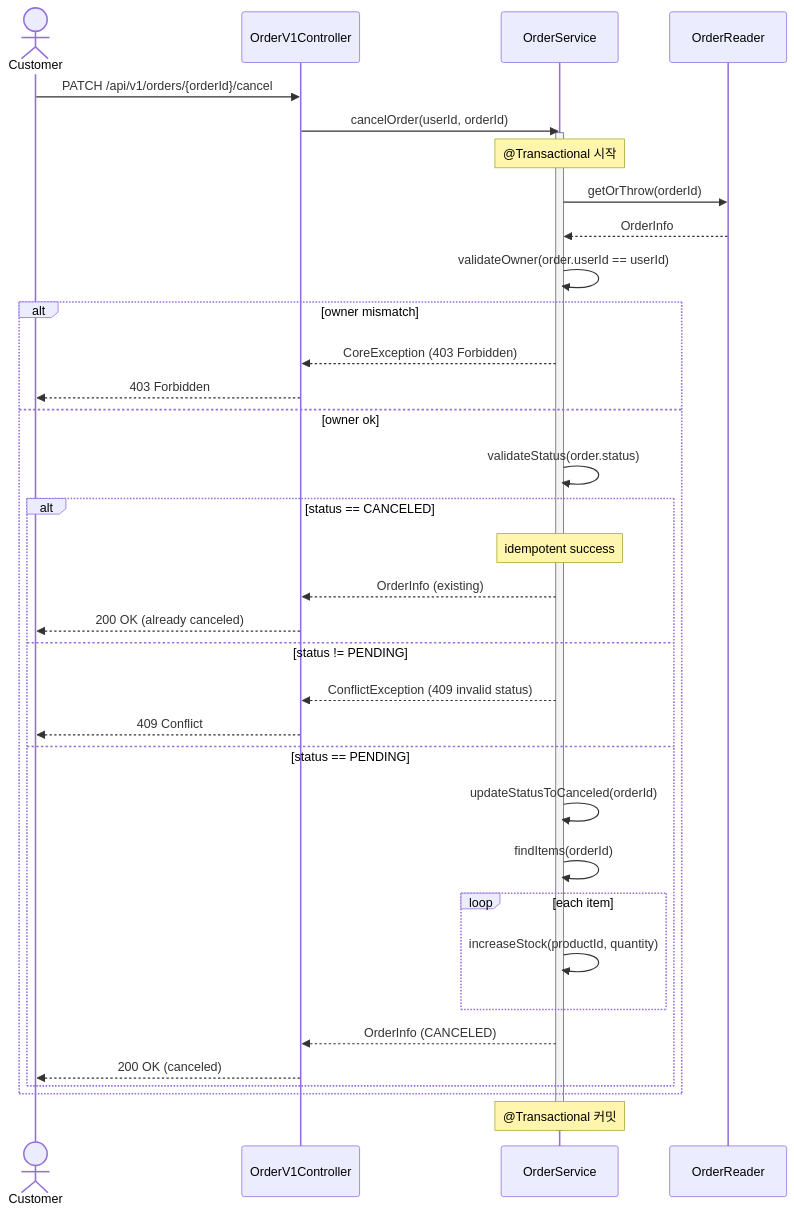
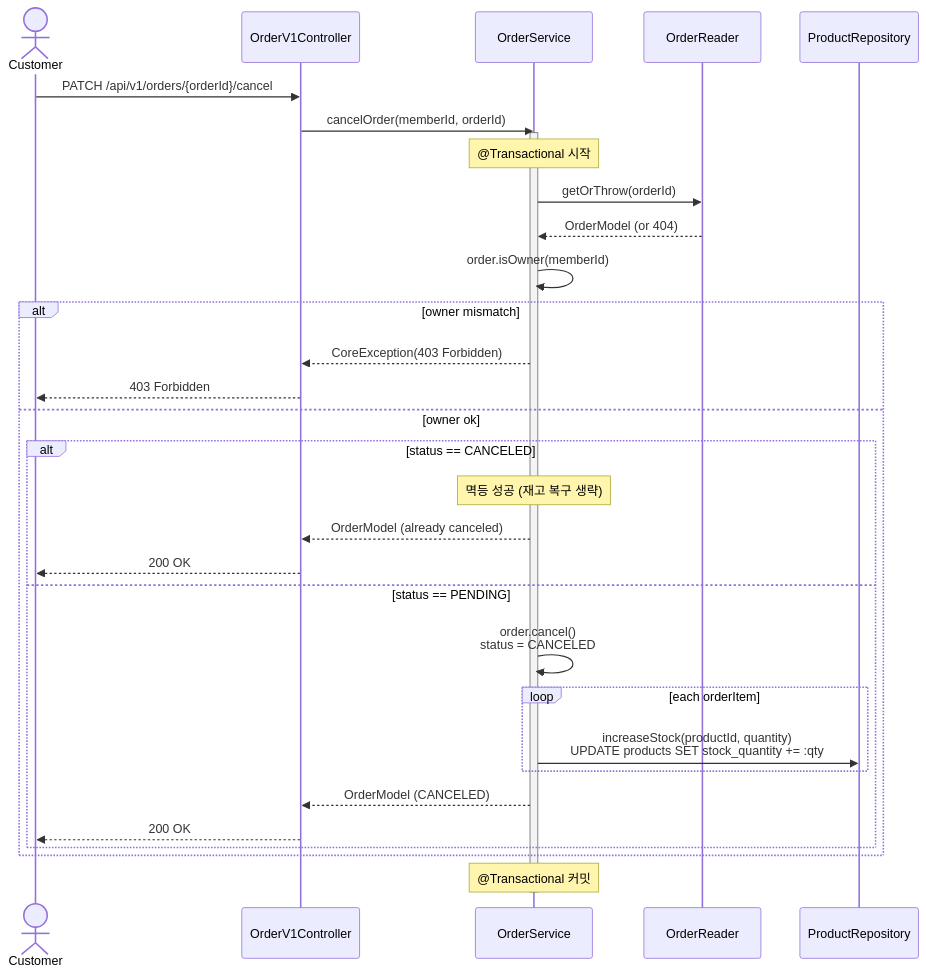
Before and after one commit to YoHanKi/loop-pack-be-l2-vol3-java: the second of 5 diagrams in docs/design/02-sequence-diagrams.md, drawn with Mermaid. The commit also changed other lines of this file and 2 other files, not shown here.

````diff
--- a/docs/design/02-sequence-diagrams.md
+++ b/docs/design/02-sequence-diagrams.md
@@ -84,54 +98,49 @@
 ```mermaid
 sequenceDiagram
     actor Customer
     participant Controller as OrderV1Controller
     participant OrderService as OrderService
     participant OrderReader as OrderReader
+    participant ProductRepo as ProductRepository
 
     Customer->>Controller: PATCH /api/v1/orders/{orderId}/cancel
-    Controller->>OrderService: cancelOrder(userId, orderId)
+    Controller->>OrderService: cancelOrder(memberId, orderId)
 
     activate OrderService
     Note over OrderService: @Transactional 시작
 
     %% 주문 조회
     OrderService->>OrderReader: getOrThrow(orderId)
-    OrderReader-->>OrderService: OrderInfo
+    OrderReader-->>OrderService: OrderModel (or 404)
 
     %% 소유권 확인
-    OrderService->>OrderService: validateOwner(order.userId == userId)
+    OrderService->>OrderService: order.isOwner(memberId)
     alt owner mismatch
-        OrderService-->>Controller: CoreException (403 Forbidden)
+        OrderService-->>Controller: CoreException(403 Forbidden)
         Controller-->>Customer: 403 Forbidden
     else owner ok
 
         %% 상태 확인 (멱등 포함)
-        OrderService->>OrderService: validateStatus(order.status)
         alt status == CANCELED
-            Note over OrderService: idempotent success
-            OrderService-->>Controller: OrderInfo (existing)
-            Controller-->>Customer: 200 OK (already canceled)
-        else status != PENDING
-            OrderService-->>Controller: ConflictException (409 invalid status)
-            Controller-->>Customer: 409 Conflict
+            Note over OrderService: 멱등 성공 (재고 복구 생략)
+            OrderService-->>Controller: OrderModel (already canceled)
+            Controller-->>Customer: 200 OK
         else status == PENDING
 
-            %% 상태 전이 + 아이템 조회
-            OrderService->>OrderService: updateStatusToCanceled(orderId)
-            OrderService->>OrderService: findItems(orderId)
+            %% 상태 전이
+            OrderService->>OrderService: order.cancel()<br/>status = CANCELED
 
             %% 재고 복구
-            loop each item
-                OrderService->>OrderService: increaseStock(productId, quantity)
+            loop each orderItem
+                OrderService->>ProductRepo: increaseStock(productId, quantity)<br/>UPDATE products SET stock_quantity += :qty
             end
 
-            OrderService-->>Controller: OrderInfo (CANCELED)
-            Controller-->>Customer: 200 OK (canceled)
+            OrderService-->>Controller: OrderModel (CANCELED)
+            Controller-->>Customer: 200 OK
 
         end
     end
 
     Note over OrderService: @Transactional 커밋
     deactivate OrderService
-
 ```
````
